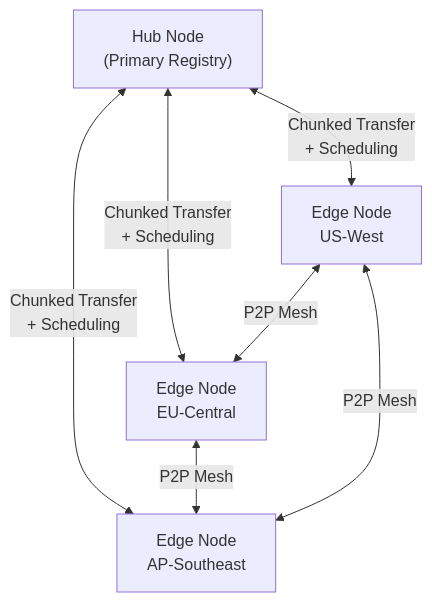
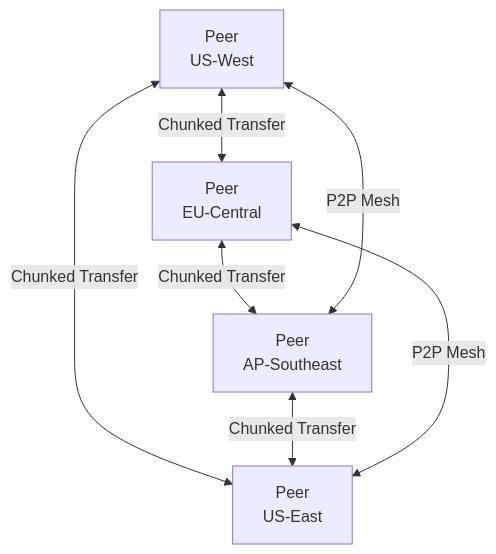
The fourth of 4 diagrams in README.md (artifact-keeper/artifact-keeper), drawn with Mermaid before and after one commit. The commit also changed other lines of this file and 7 other files, not shown here.

First line of the commit message:
docs: Replace edge node terminology with peer replication model

````diff
--- a/README.md
+++ b/README.md
@@ -199,14 +201,14 @@
 ```mermaid
 graph TD
-    HUB["Hub Node\n(Primary Registry)"]
-    E1["Edge Node\nUS-West"]
-    E2["Edge Node\nEU-Central"]
-    E3["Edge Node\nAP-Southeast"]
+    P1["Peer<br/>US-West"]
+    P2["Peer<br/>EU-Central"]
+    P3["Peer<br/>AP-Southeast"]
+    P4["Peer<br/>US-East"]
 
-    HUB <-->|"Chunked Transfer\n+ Scheduling"| E1
-    HUB <-->|"Chunked Transfer\n+ Scheduling"| E2
-    HUB <-->|"Chunked Transfer\n+ Scheduling"| E3
-    E1 <-->|"P2P Mesh"| E2
-    E2 <-->|"P2P Mesh"| E3
-    E1 <-->|"P2P Mesh"| E3
+    P1 <-->|"Chunked Transfer"| P2
+    P1 <-->|"Chunked Transfer"| P4
+    P2 <-->|"Chunked Transfer"| P3
+    P3 <-->|"Chunked Transfer"| P4
+    P1 <-->|"P2P Mesh"| P3
+    P2 <-->|"P2P Mesh"| P4
 ```
````
